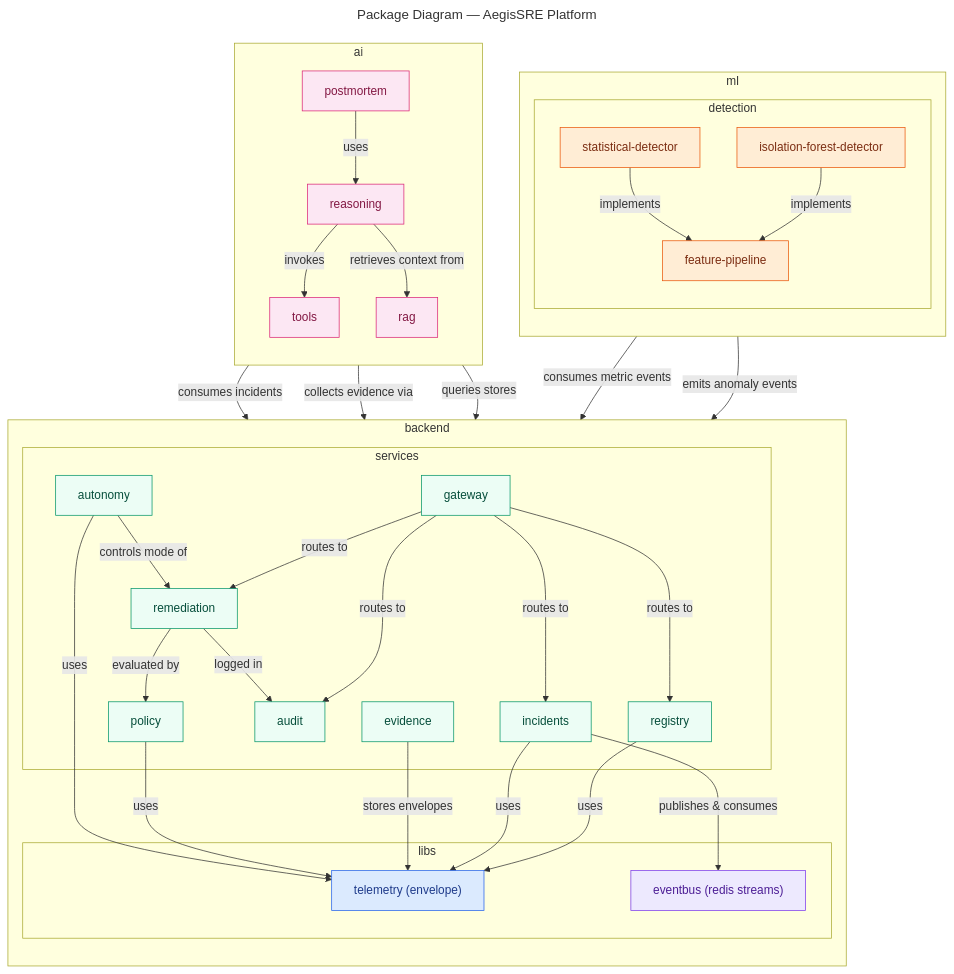
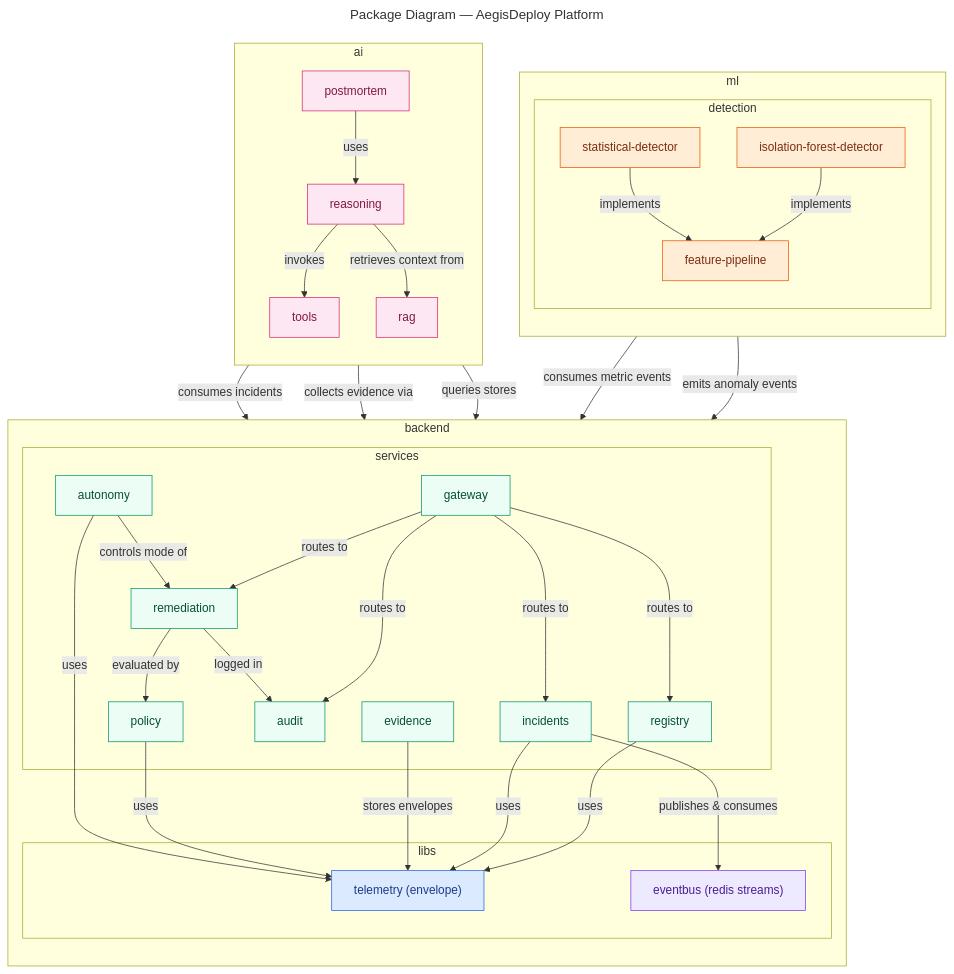
One commit to Lucifer-Newstar/AegisDeploy changed the diagram in docs/architecture/uml/package-diagram-platform.md. Above: the diagram before and after it, drawn with Mermaid. The commit also changed other lines of this file and 14 other files, not shown here.

First line of the commit message:
docs(meta): rename AegisDeploy throughout documentation

````diff
--- a/docs/architecture/uml/package-diagram-platform.md
+++ b/docs/architecture/uml/package-diagram-platform.md
@@ -8,6 +8,6 @@
 ```mermaid
 ---
-title: "Package Diagram — AegisSRE Platform"
+title: "Package Diagram — AegisDeploy Platform"
 ---
 flowchart TB
     %% ═══════════════════════════════════════════════════════
````
